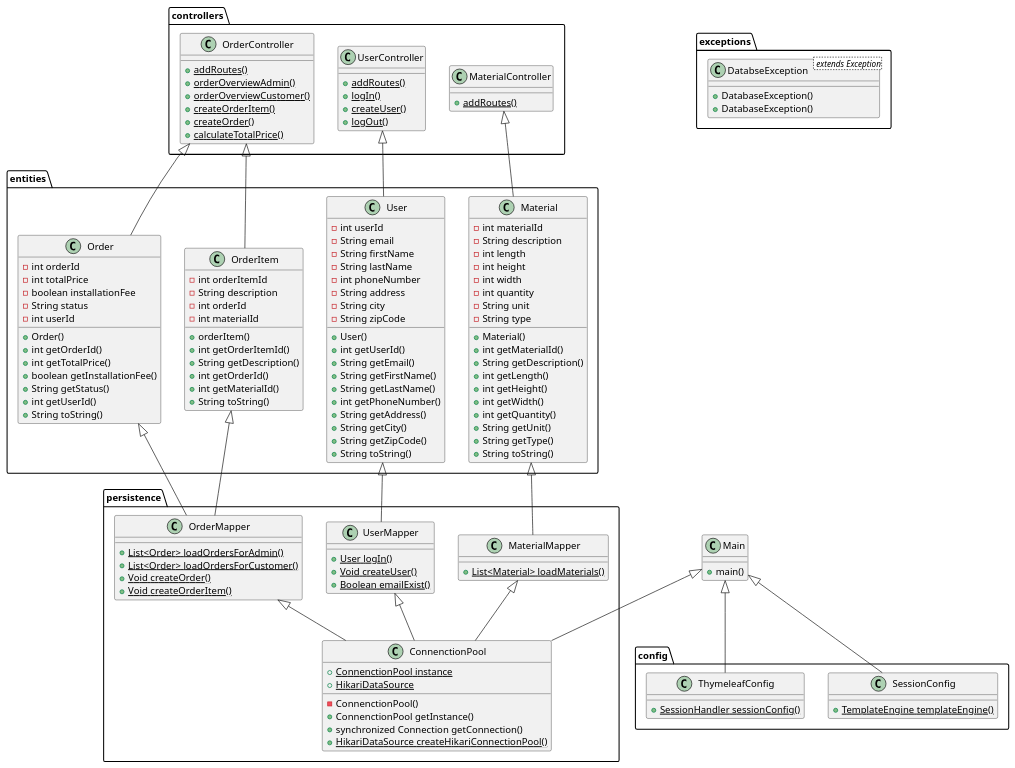
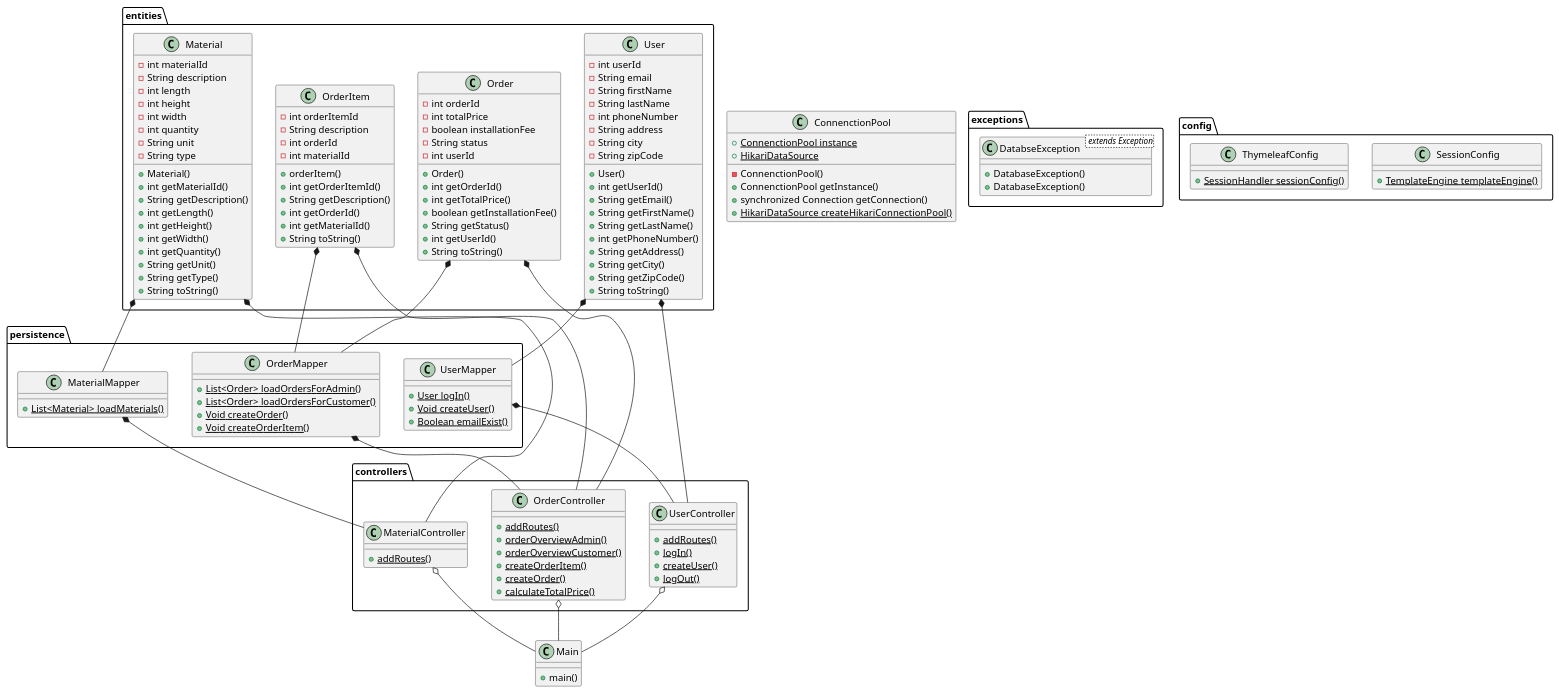
One commit to TobiOneCanobi/SemesterProjekt-B8 changed the diagram in CarportProjekt/Diagrammer/klassediagram.puml. Above: the diagram before and after it, drawn with PlantUML.

Commit message:
klassediagram
Aktivitets diagram asis, domænemodel og tobe

```diff
--- a/CarportProjekt/Diagrammer/klassediagram.puml
+++ b/CarportProjekt/Diagrammer/klassediagram.puml
@@ -1,183 +1,188 @@
 @startuml
 'https://plantuml.com/class-diagram
 
 
 
 Class Main{
 +main()
 }
 
-package persistence
-{
     Class ConnenctionPool{
         {static}+ConnenctionPool instance
         {static}+HikariDataSource
         -ConnenctionPool()
         +ConnenctionPool getInstance()
         +synchronized Connection getConnection()
          {static}+HikariDataSource createHikariConnectionPool()
         }
+
+package persistence
+{
+
 
         Class MaterialMapper{
         {static}+List<Material> loadMaterials()
         }
 
         Class UserMapper{
         {static}+User logIn()
         {static}+Void createUser()
         {static}+Boolean emailExist()
         }
 
         Class OrderMapper{
         {static}+List<Order> loadOrdersForAdmin()
         {static}+List<Order> loadOrdersForCustomer()
         {static}+Void createOrder()
         {static}+Void createOrderItem()
         }
 
 }
 
 package exceptions
 {
     Class DatabseException< extends Exception>{
     + DatabaseException()
     + DatabaseException()
     }
 }
 
 package entities
 {
 Class Material{
     -int materialId
     -String description
     -int length
     -int height
     -int width
     -int quantity
     -String unit
     -String type
 
     +Material()
     +int getMaterialId()
     +String getDescription()
     +int getLength()
     +int getHeight()
     +int getWidth()
     +int getQuantity()
     +String getUnit()
     +String getType()
     +String toString()
     }
 
 Class Order{
     - int orderId
     -int totalPrice
     -boolean installationFee
     -String status
     -int userId
 
     +Order()
     +int getOrderId()
     +int getTotalPrice()
     +boolean getInstallationFee()
     +String getStatus()
     +int getUserId()
     +String toString()
 }
 
 Class User {
     -int userId
     -String email
     -String firstName
     -String lastName
     -int phoneNumber
     -String address
     -String city
     -String zipCode
 
     +User()
     +int getUserId()
     +String getEmail()
     +String getFirstName()
     +String getLastName()
     +int getPhoneNumber()
     +String getAddress()
     +String getCity()
     +String getZipCode()
     +String toString()
     }
 
 Class OrderItem{
     -int orderItemId
     -String description
     -int orderId
     -int materialId
 
     +orderItem()
     +int getOrderItemId()
     +String getDescription()
     +int getOrderId()
     +int getMaterialId()
     +String toString()
     }
 
 }
 
 package controllers
 {
     Class MaterialController{
     {static}+addRoutes()
 
     }
 
     Class OrderController{
     {static}+addRoutes()
     {static}+orderOverviewAdmin()
     {static}+orderOverviewCustomer()
     {static}+createOrderItem()
     {static}+createOrder()
     {static}+calculateTotalPrice()
     }
 
     Class UserController{
     {static}+addRoutes()
     {static}+logIn()
     {static}+createUser()
     {static}+logOut()
     }
 }
 
 package config
 {
     Class SessionConfig{
     {static}+TemplateEngine templateEngine()
     }
 
     Class ThymeleafConfig{
     {static}+SessionHandler sessionConfig()
     }
 }
 
-Main <|-- ConnenctionPool
-Main <|-- ThymeleafConfig
-Main <|-- SessionConfig
 
-UserMapper <|-- ConnenctionPool
-OrderMapper <|-- ConnenctionPool
-MaterialMapper <|-- ConnenctionPool
 
-User <|-- UserMapper
-Order <|-- OrderMapper
-OrderItem <|-- OrderMapper
-Material <|-- MaterialMapper
+UserController o-- Main
+OrderController o-- Main
+MaterialController o-- Main
 
-UserController <|-- User
-OrderController <|-- Order
-OrderController <|-- OrderItem
-MaterialController <|-- Material
+User *-- UserMapper
+Order *-- OrderMapper
+OrderItem *-- OrderMapper
+Material *-- MaterialMapper
+
+User *-- UserController
+Order *-- OrderController
+OrderItem *-- OrderController
+Material *-- MaterialController
+
+OrderMapper *-- OrderController
+MaterialMapper *-- MaterialController
+UserMapper *-- UserController
+
 
 
 
 
 
 @enduml
```
